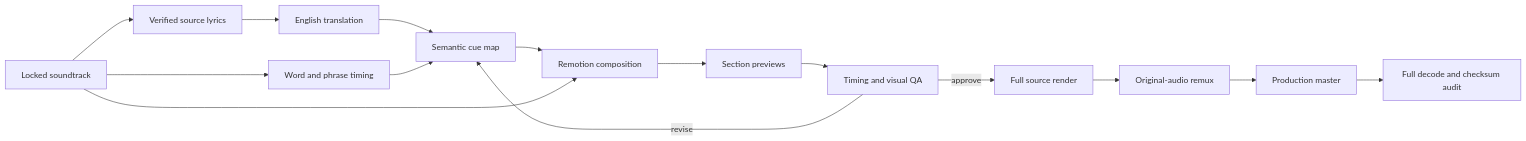
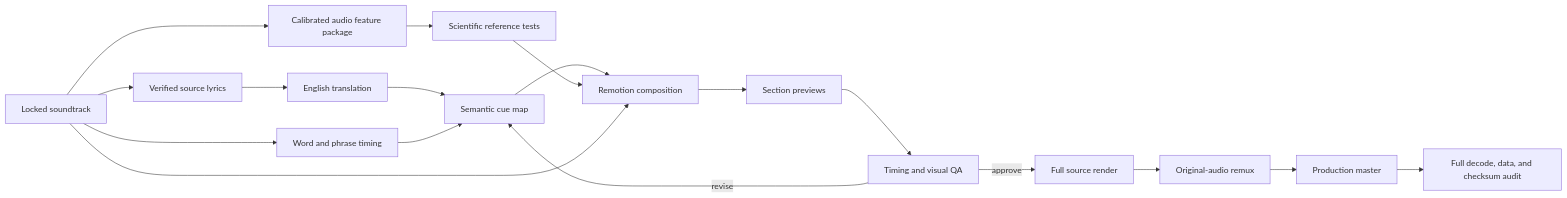
The diagram in README.md (ael-dev3/lyrics), drawn with Mermaid before and after one commit. The commit also changed other lines of this file and 5 other files, not shown here.

Commit message:
Define 10/10 scientific audio workflow

````diff
--- a/README.md
+++ b/README.md
@@ -61,17 +63,20 @@
 ```mermaid
 flowchart LR
     A[Locked soundtrack] --> B[Verified source lyrics]
+    A --> M[Calibrated audio feature package]
+    M --> N[Scientific reference tests]
     B --> C[English translation]
     A --> D[Word and phrase timing]
     C --> E[Semantic cue map]
     D --> E
     E --> F[Remotion composition]
+    N --> F
     A --> F
     F --> G[Section previews]
     G --> H[Timing and visual QA]
     H -->|revise| E
     H -->|approve| I[Full source render]
     I --> J[Original-audio remux]
     J --> K[Production master]
-    K --> L[Full decode and checksum audit]
+    K --> L[Full decode, data, and checksum audit]
 ```
````
